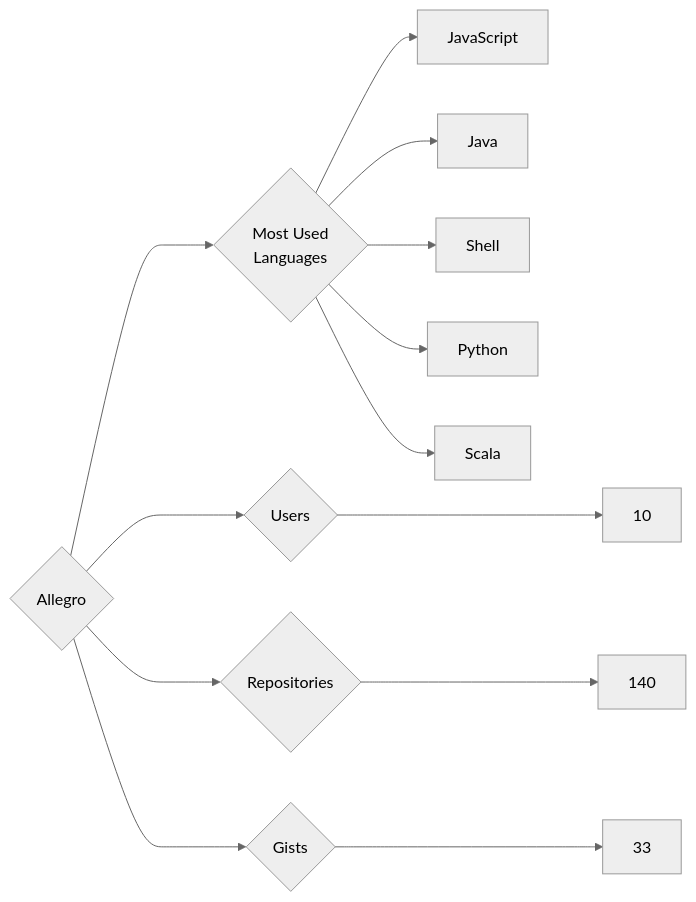
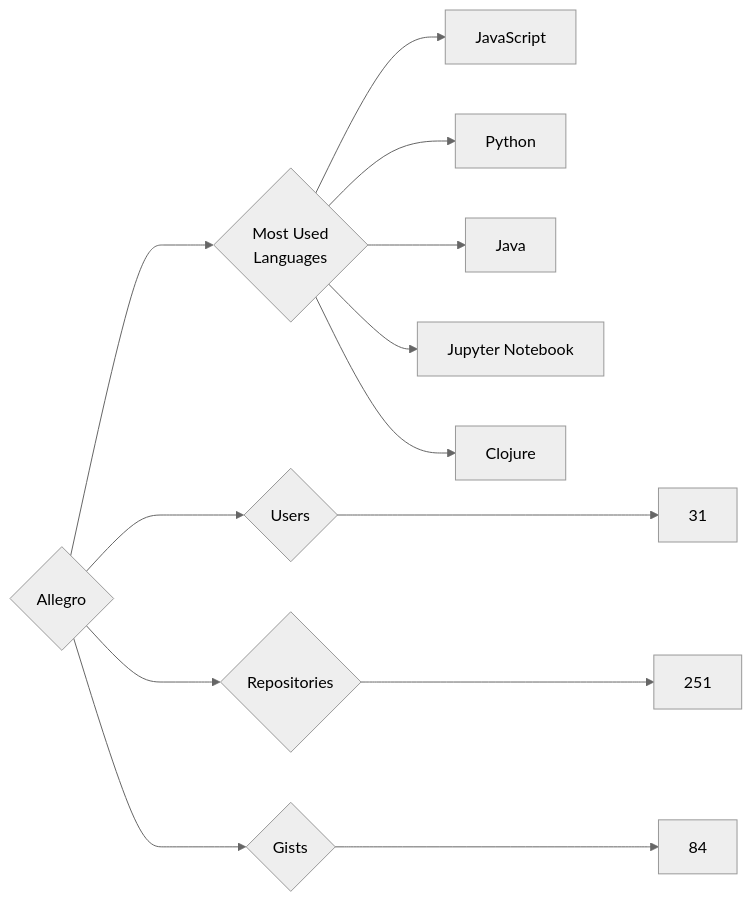
One commit to trickest/insiders changed the diagram in targets/Allegro/README.md. Above: the diagram before and after it, drawn with Mermaid (neutral theme). The commit also changed 752 other files, not shown here.

````diff
--- a/targets/Allegro/README.md
+++ b/targets/Allegro/README.md
@@ -3,13 +3,13 @@
 ```mermaid
 graph LR
 COMPANY_NAME{Allegro}
-COMPANY_NAME ---> U{Users} ---> UN[10]
-COMPANY_NAME ---> R{Repositories} ---> RN[140]
-COMPANY_NAME ---> G{Gists} ---> GN[33]
+COMPANY_NAME ---> U{Users} ---> UN[31]
+COMPANY_NAME ---> R{Repositories} ---> RN[251]
+COMPANY_NAME ---> G{Gists} ---> GN[84]
 COMPANY_NAME ---> ML{Most Used<br>Languages}
 ML --> JavaScript[JavaScript]
+ML --> Python[Python]
 ML --> Java[Java]
-ML --> Shell[Shell]
-ML --> Python[Python]
-ML --> Scala[Scala]
+ML --> Jupyter_Notebook[Jupyter Notebook]
+ML --> Clojure[Clojure]
 ```
````
